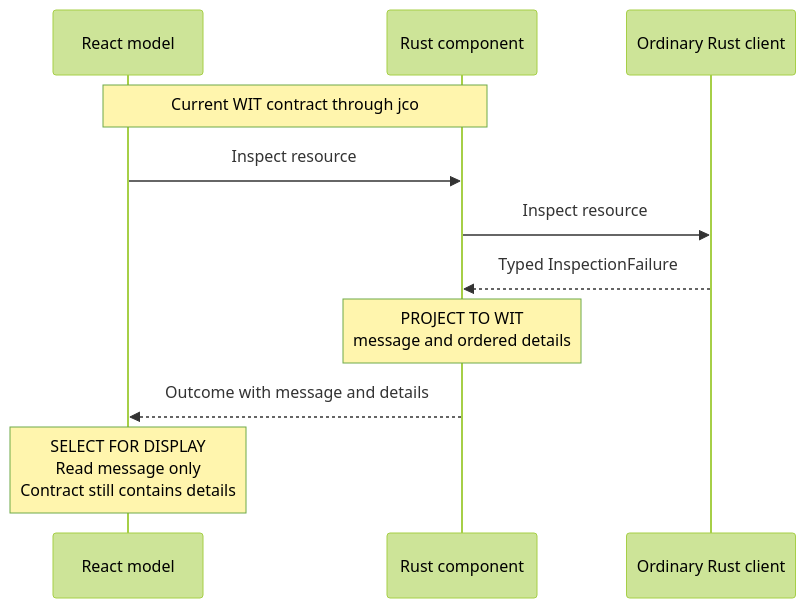
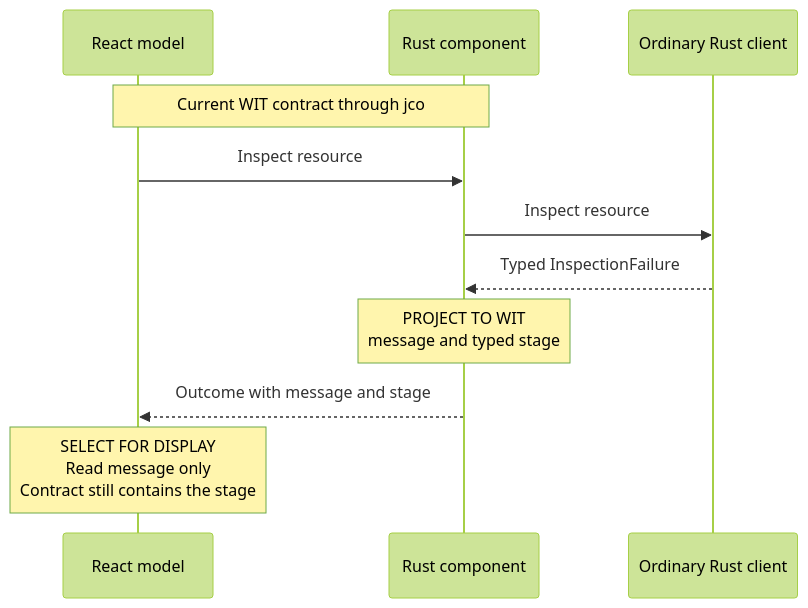
Before and after one commit to project-millipede/app-anatomy: the third of 7 diagrams in docs/architecture/error-boundaries.md, drawn with Mermaid (forest theme). The commit also changed other lines of this file and 47 other files, not shown here.

````diff
--- a/docs/architecture/error-boundaries.md
+++ b/docs/architecture/error-boundaries.md
@@ -187,14 +194,14 @@
 ```mermaid
 sequenceDiagram
     participant UI as React model
     participant Component as Rust component
     participant Client as Ordinary Rust client
 
     Note over UI,Component: Current WIT contract through jco
     UI->>Component: Inspect resource
     Component->>Client: Inspect resource
     Client-->>Component: Typed InspectionFailure
-    Note over Component: PROJECT TO WIT<br/>message and ordered details
-    Component-->>UI: Outcome with message and details
-    Note over UI: SELECT FOR DISPLAY<br/>Read message only<br/>Contract still contains details
+    Note over Component: PROJECT TO WIT<br/>message and typed stage
+    Component-->>UI: Outcome with message and stage
+    Note over UI: SELECT FOR DISPLAY<br/>Read message only<br/>Contract still contains the stage
 ```
````
